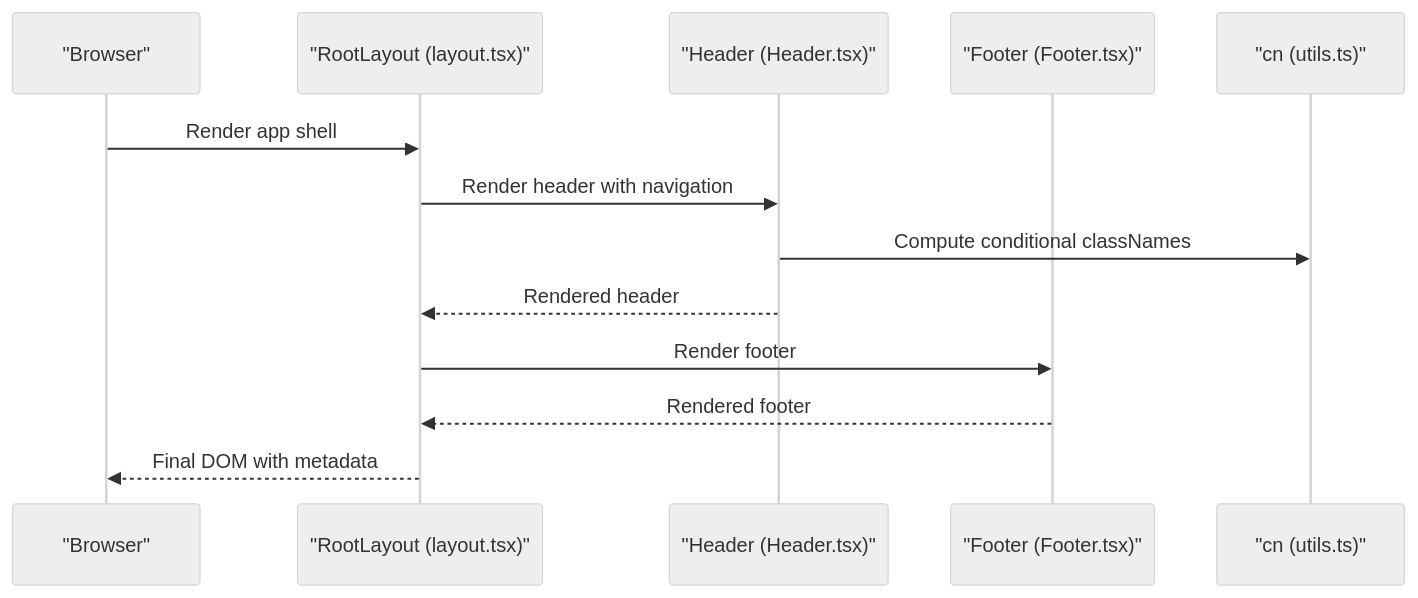
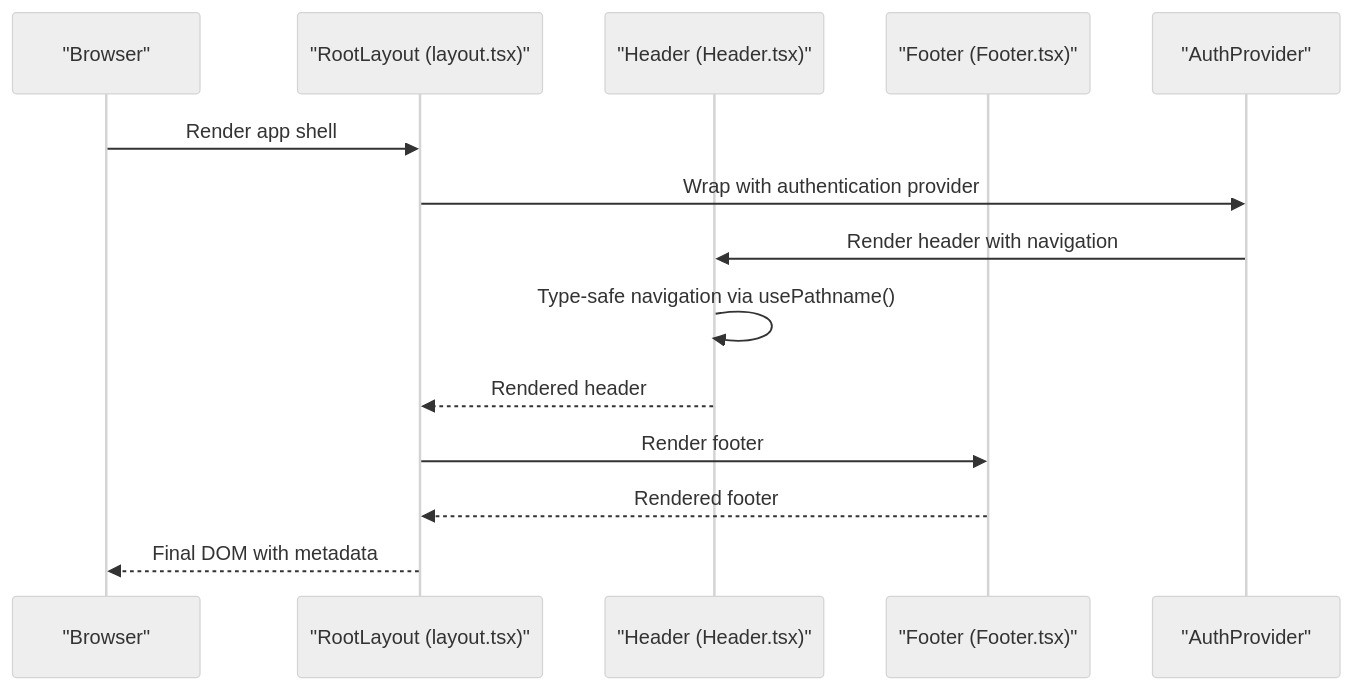
Before and after one commit to Hoshino-wind/ai-interview-platform: the third of 7 diagrams in .qoder/repowiki/en/content/TypeScript Configuration.md, drawn with Mermaid (neutral theme). The commit also changed other lines of this file and 5 other files, not shown here.

````diff
--- a/.qoder/repowiki/en/content/TypeScript Configuration.md
+++ b/.qoder/repowiki/en/content/TypeScript Configuration.md
@@ -165,15 +200,16 @@
 ```mermaid
 sequenceDiagram
 participant Browser as "Browser"
 participant Layout as "RootLayout (layout.tsx)"
 participant Header as "Header (Header.tsx)"
 participant Footer as "Footer (Footer.tsx)"
-participant Utils as "cn (utils.ts)"
+participant Auth as "AuthProvider"
 Browser->>Layout : Render app shell
-Layout->>Header : Render header with navigation
-Header->>Utils : Compute conditional classNames
+Layout->>Auth : Wrap with authentication provider
+Auth->>Header : Render header with navigation
+Header->>Header : Type-safe navigation via usePathname()
 Header-->>Layout : Rendered header
 Layout->>Footer : Render footer
 Footer-->>Layout : Rendered footer
 Layout-->>Browser : Final DOM with metadata
 ```
````
